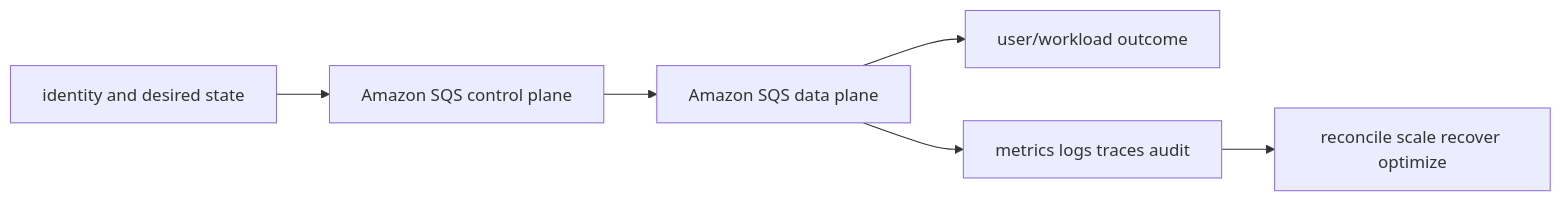
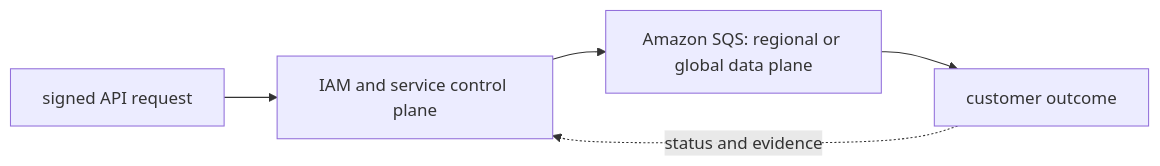
The diagram in 07-aws/08-messaging-serverless/01-sqs/README.md (tomkidumbuyo/DevOps-interview-preparation), drawn with Mermaid before and after one commit. The commit also changed other lines of this file and 753 other files, not shown here.

````diff
--- a/07-aws/08-messaging-serverless/01-sqs/README.md
+++ b/07-aws/08-messaging-serverless/01-sqs/README.md
@@ -19,8 +31,7 @@
 ```mermaid
 flowchart LR
-  I[identity and desired state] --> C[Amazon SQS control plane]
-  C --> D[Amazon SQS data plane]
-  D --> U[user/workload outcome]
-  D --> O[metrics logs traces audit]
-  O --> R[reconcile scale recover optimize]
+  A["signed API request"] --> B["IAM and service control plane"]
+  B --> C["Amazon SQS: regional or global data plane"]
+  C --> D["customer outcome"]
+  D -. "status and evidence" .-> B
 ```
````
